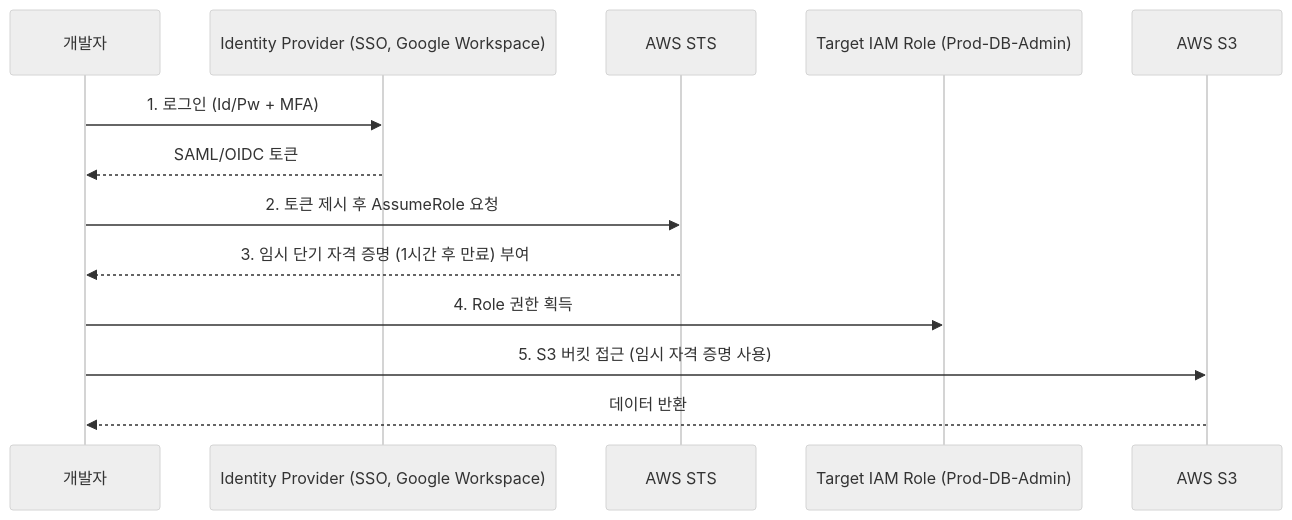
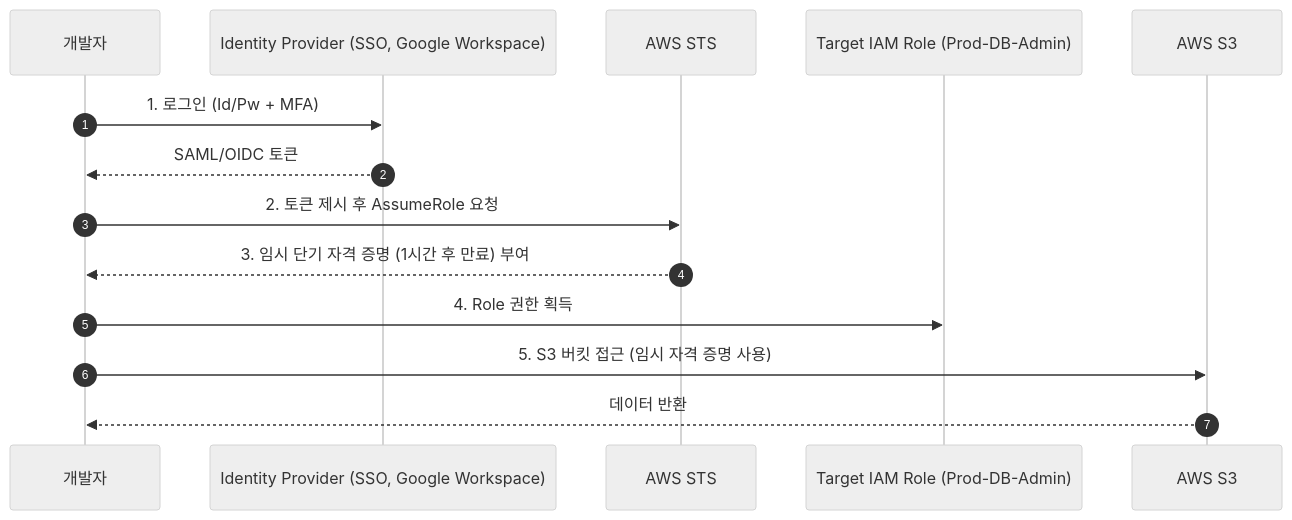
Before and after one commit to No1Joon/No1Joon.github.io: the second of 2 diagrams in _posts/cloud-infrastructure/2026-04-20-aws-01-iam.md, drawn with Mermaid (neutral theme). The commit also changed other lines of this file and 36 other files, not shown here.

````diff
--- a/_posts/cloud-infrastructure/2026-04-20-aws-01-iam.md
+++ b/_posts/cloud-infrastructure/2026-04-20-aws-01-iam.md
@@ -79,16 +83,17 @@
 ```mermaid
 sequenceDiagram
+    autonumber
     participant Dev as 개발자
     participant IdP as Identity Provider (SSO, Google Workspace)
     participant STS as AWS STS
     participant Role as Target IAM Role (Prod-DB-Admin)
     participant S3 as AWS S3
 
     Dev->>IdP: 1. 로그인 (Id/Pw + MFA)
     IdP-->>Dev: SAML/OIDC 토큰
     Dev->>STS: 2. 토큰 제시 후 AssumeRole 요청
     STS-->>Dev: 3. 임시 단기 자격 증명 (1시간 후 만료) 부여
     Dev->>Role: 4. Role 권한 획득
     Dev->>S3: 5. S3 버킷 접근 (임시 자격 증명 사용)
     S3-->>Dev: 데이터 반환
 ```
````
